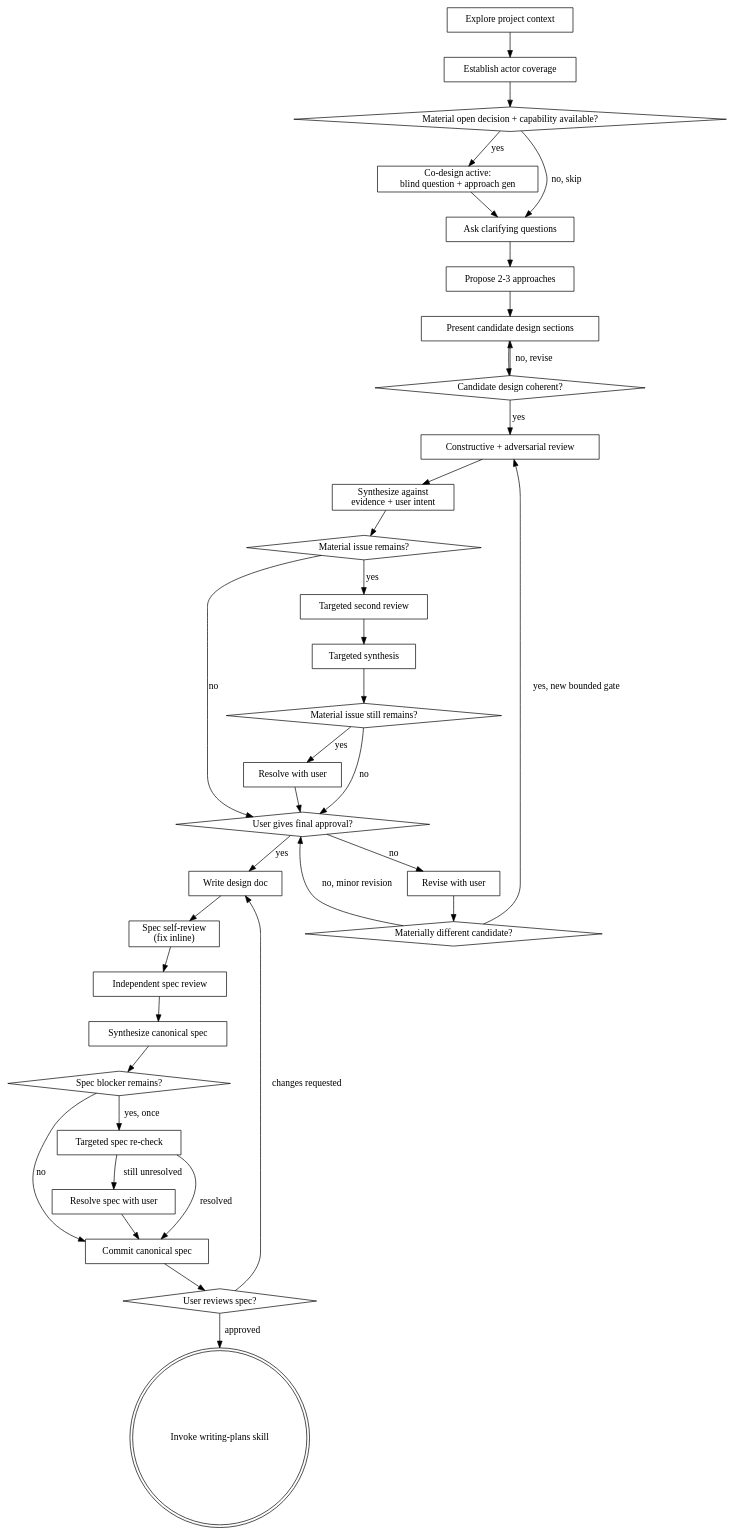
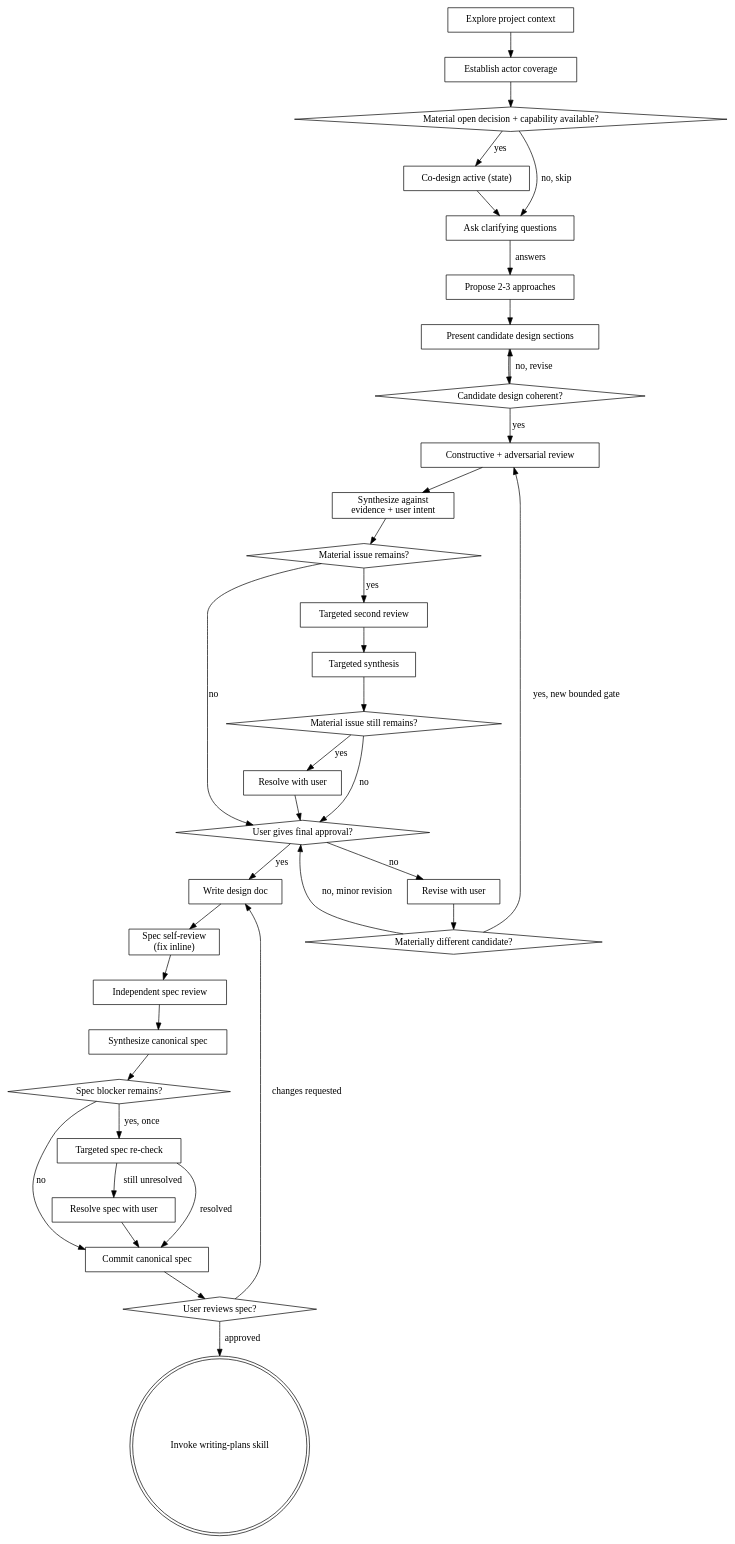
One commit to stratusdesign/sd-superpowers changed the diagram in skills/brainstorming/SKILL.md. Above: the diagram before and after it, drawn with Graphviz. The commit also changed other lines of this file and 5 other files, not shown here.

First line of the commit message:
targeted corrections: role-based final review, harmonized finding contract, co-design-as-state diagram, question-value filter, scenario P

````diff
--- a/skills/brainstorming/SKILL.md
+++ b/skills/brainstorming/SKILL.md
@@ -40,69 +40,69 @@
 ```dot
 digraph brainstorming {
     "Explore project context" [shape=box];
     "Establish actor coverage" [shape=box];
     "Material open decision + capability available?" [shape=diamond];
-    "Co-design active:\nblind question + approach gen" [shape=box];
+    "Co-design active (state)" [shape=box];
     "Ask clarifying questions" [shape=box];
     "Propose 2-3 approaches" [shape=box];
     "Present candidate design sections" [shape=box];
     "Candidate design coherent?" [shape=diamond];
     "Constructive + adversarial review" [shape=box];
     "Synthesize against\nevidence + user intent" [shape=box];
     "Material issue remains?" [shape=diamond];
     "Targeted second review" [shape=box];
     "Targeted synthesis" [shape=box];
     "Material issue still remains?" [shape=diamond];
     "Resolve with user" [shape=box];
     "User gives final approval?" [shape=diamond];
     "Revise with user" [shape=box];
     "Materially different candidate?" [shape=diamond];
     "Write design doc" [shape=box];
     "Spec self-review\n(fix inline)" [shape=box];
     "Independent spec review" [shape=box];
     "Synthesize canonical spec" [shape=box];
     "Spec blocker remains?" [shape=diamond];
     "Targeted spec re-check" [shape=box];
     "Resolve spec with user" [shape=box];
     "Commit canonical spec" [shape=box];
     "User reviews spec?" [shape=diamond];
     "Invoke writing-plans skill" [shape=doublecircle];
 
     "Explore project context" -> "Establish actor coverage";
     "Establish actor coverage" -> "Material open decision + capability available?";
-    "Material open decision + capability available?" -> "Co-design active:\nblind question + approach gen" [label="yes"];
+    "Material open decision + capability available?" -> "Co-design active (state)" [label="yes"];
     "Material open decision + capability available?" -> "Ask clarifying questions" [label="no, skip"];
-    "Co-design active:\nblind question + approach gen" -> "Ask clarifying questions";
-    "Ask clarifying questions" -> "Propose 2-3 approaches";
+    "Co-design active (state)" -> "Ask clarifying questions";
+    "Ask clarifying questions" -> "Propose 2-3 approaches" [label="answers"];
     "Propose 2-3 approaches" -> "Present candidate design sections";
     "Present candidate design sections" -> "Candidate design coherent?";
     "Candidate design coherent?" -> "Present candidate design sections" [label="no, revise"];
     "Candidate design coherent?" -> "Constructive + adversarial review" [label="yes"];
     "Constructive + adversarial review" -> "Synthesize against\nevidence + user intent";
     "Synthesize against\nevidence + user intent" -> "Material issue remains?";
     "Material issue remains?" -> "Targeted second review" [label="yes"];
     "Targeted second review" -> "Targeted synthesis";
     "Targeted synthesis" -> "Material issue still remains?";
     "Material issue still remains?" -> "Resolve with user" [label="yes"];
     "Resolve with user" -> "User gives final approval?";
     "Material issue still remains?" -> "User gives final approval?" [label="no"];
     "Material issue remains?" -> "User gives final approval?" [label="no"];
     "User gives final approval?" -> "Revise with user" [label="no"];
     "Revise with user" -> "Materially different candidate?";
     "Materially different candidate?" -> "Constructive + adversarial review" [label="yes, new bounded gate"];
     "Materially different candidate?" -> "User gives final approval?" [label="no, minor revision"];
     "User gives final approval?" -> "Write design doc" [label="yes"];
     "Write design doc" -> "Spec self-review\n(fix inline)";
     "Spec self-review\n(fix inline)" -> "Independent spec review";
     "Independent spec review" -> "Synthesize canonical spec";
     "Synthesize canonical spec" -> "Spec blocker remains?";
     "Spec blocker remains?" -> "Targeted spec re-check" [label="yes, once"];
     "Targeted spec re-check" -> "Resolve spec with user" [label="still unresolved"];
     "Targeted spec re-check" -> "Commit canonical spec" [label="resolved"];
     "Resolve spec with user" -> "Commit canonical spec";
     "Spec blocker remains?" -> "Commit canonical spec" [label="no"];
     "Commit canonical spec" -> "User reviews spec?";
     "User reviews spec?" -> "Write design doc" [label="changes requested"];
     "User reviews spec?" -> "Invoke writing-plans skill" [label="approved"];
 }
 ```
````
